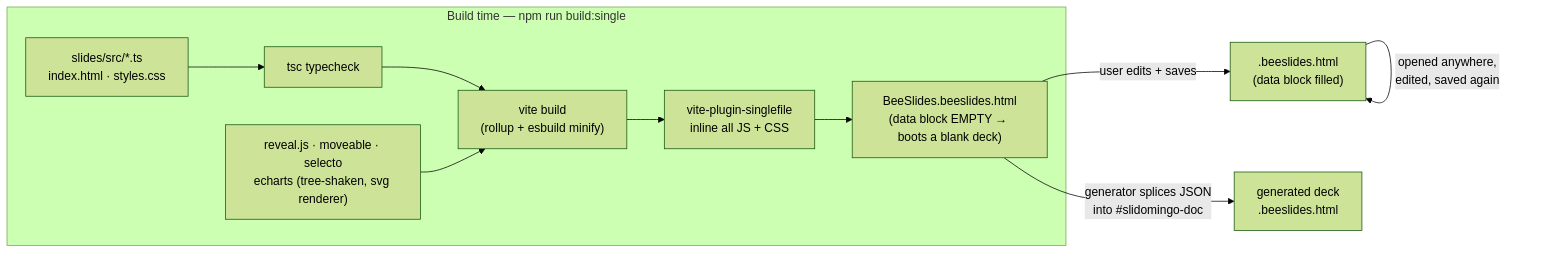
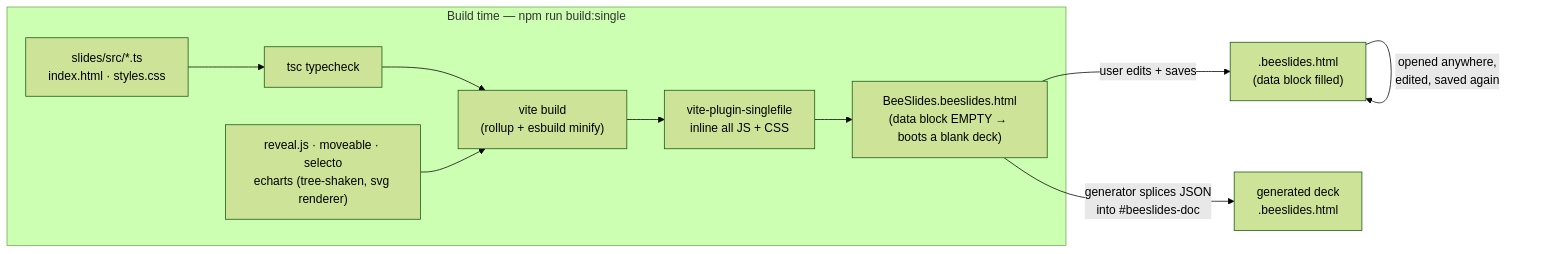
The second of 4 diagrams in docs/architecture.md (miqsoft/beeSlides), drawn with Mermaid (forest theme) before and after one commit. The commit also changed other lines of this file and 161 other files, not shown here.

First line of the commit message:
feat(format): files say beeslides — old slidomingo files are read and converted

````diff
--- a/docs/architecture.md
+++ b/docs/architecture.md
@@ -119,13 +119,13 @@
 ```mermaid
 flowchart LR
     subgraph build [Build time — npm run build:single]
         SRC["slides/src/*.ts<br/>index.html · styles.css"] --> TSC[tsc typecheck]
         TSC --> VITE["vite build<br/>(rollup + esbuild minify)"]
         DEPS["reveal.js · moveable · selecto<br/>echarts (tree-shaken, svg renderer)"] --> VITE
         VITE --> SF["vite-plugin-singlefile<br/>inline all JS + CSS"]
         SF --> SHELL["BeeSlides.beeslides.html<br/>(data block EMPTY → boots a blank deck)"]
     end
     SHELL -->|"user edits + saves"| DOC1[".beeslides.html<br/>(data block filled)"]
-    SHELL -->|"generator splices JSON<br/>into #slidomingo-doc"| DOC2["generated deck<br/>.beeslides.html"]
+    SHELL -->|"generator splices JSON<br/>into #beeslides-doc"| DOC2["generated deck<br/>.beeslides.html"]
     DOC1 -->|"opened anywhere,<br/>edited, saved again"| DOC1
 ```
````
